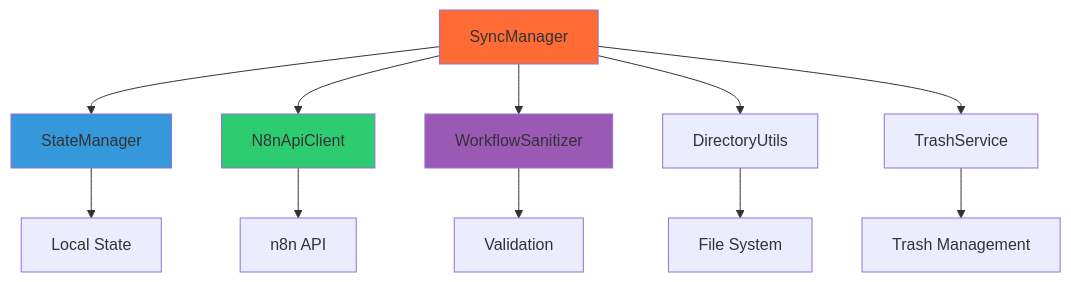
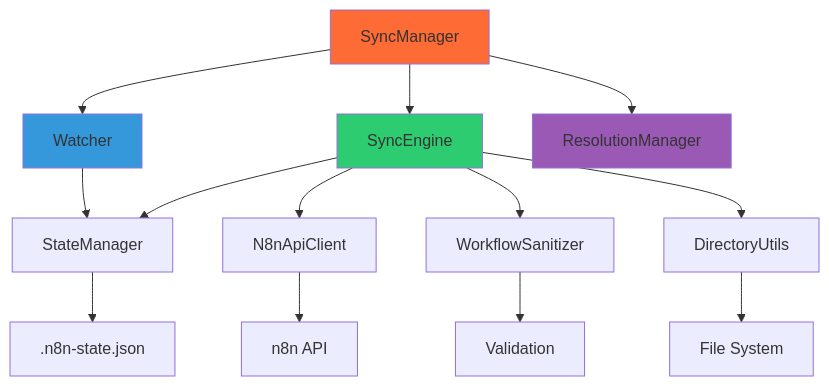
One commit to EtienneLescot/n8n-as-code changed the first of 2 diagrams in docs/docs/contribution/core.md. Above: the diagram before and after it, drawn with Mermaid. The commit also changed other lines of this file and 10 other files, not shown here.

First line of the commit message:
Implement 3-way merge architecture for reliable conflict detection

````diff
--- a/docs/docs/contribution/core.md
+++ b/docs/docs/contribution/core.md
@@ -23,19 +26,22 @@
 ```mermaid
 graph TD
-    A[SyncManager] --> B[StateManager]
-    A --> C[N8nApiClient]
-    A --> D[WorkflowSanitizer]
-    A --> E[DirectoryUtils]
-    A --> F[TrashService]
+    A[SyncManager] --> B[Watcher]
+    A --> C[SyncEngine]
+    A --> D[ResolutionManager]
     
-    B --> G[Local State]
-    C --> H[n8n API]
-    D --> I[Validation]
-    E --> J[File System]
-    F --> K[Trash Management]
+    B --> E[StateManager]
+    C --> E
+    C --> F[N8nApiClient]
+    C --> G[WorkflowSanitizer]
+    C --> H[DirectoryUtils]
+    
+    E --> I[.n8n-state.json]
+    F --> J[n8n API]
+    G --> K[Validation]
+    H --> L[File System]
     
     style A fill:#ff6b35
     style B fill:#3498db
     style C fill:#2ecc71
     style D fill:#9b59b6
 ```
````
